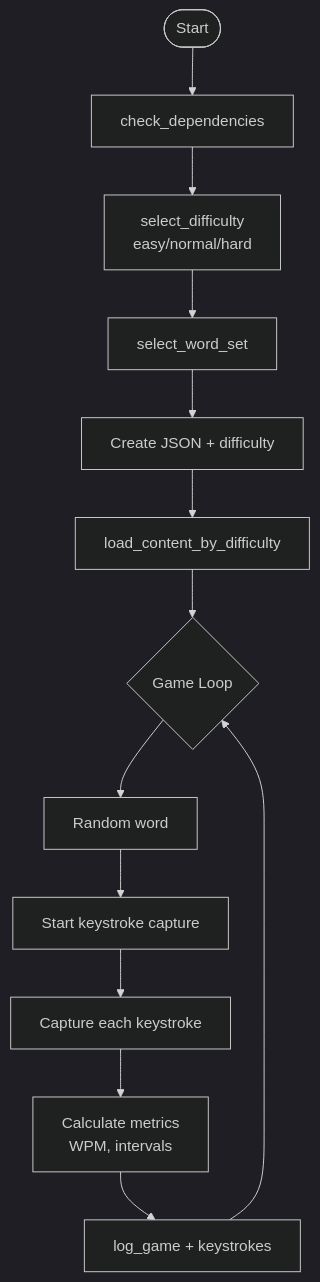
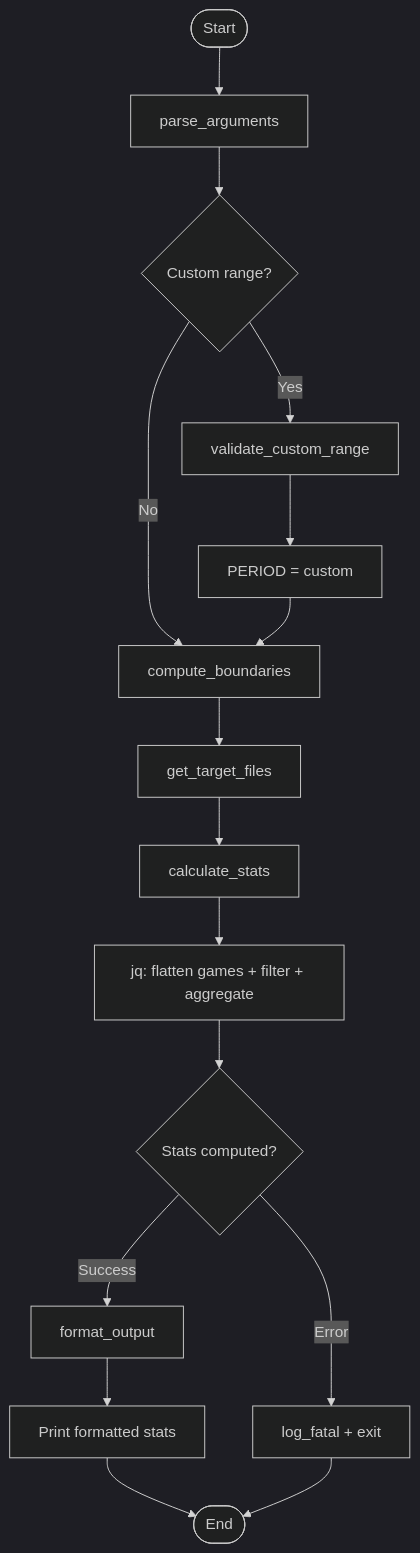
One commit to tomato-tom/flash-card changed the second of 5 diagrams in docs/typing.md. Above: the diagram before and after it, drawn with Mermaid (dark theme). The commit also changed other lines of this file, not shown here.

````diff
--- a/docs/typing.md
+++ b/docs/typing.md
@@ -207,16 +53,26 @@
 ```mermaid
 flowchart TD
-    Start([Start]) --> CheckDeps[check_dependencies]
-    CheckDeps --> SelectDiff[select_difficulty<br/>easy/normal/hard]
-    SelectDiff --> SelectSet[select_word_set]
-    SelectSet --> CreateSession[Create JSON + difficulty]
-    CreateSession --> LoadContent[load_content_by_difficulty]
-    LoadContent --> GameLoop{Game Loop}
+    Start([Start]) --> ParseArgs[parse_arguments]
+    ParseArgs --> CheckCustom{Custom range?}
     
-    GameLoop --> SelectWord[Random word]
-    SelectWord --> StartCapture[Start keystroke capture]
-    StartCapture --> WaitInput[Capture each keystroke]
-    WaitInput --> CalcMetrics[Calculate metrics<br/>WPM, intervals]
-    CalcMetrics --> LogGame[log_game + keystrokes]
-    LogGame --> GameLoop
+    CheckCustom -->|Yes| ValidateRange[validate_custom_range]
+    CheckCustom -->|No| ComputeBound[compute_boundaries]
+    
+    ValidateRange --> SetCustom[PERIOD = custom]
+    SetCustom --> ComputeBound
+    
+    ComputeBound --> GetFiles[get_target_files]
+    
+    GetFiles --> CalcStats[calculate_stats]
+    
+    CalcStats --> JqProc[jq: flatten games + filter + aggregate]
+    JqProc --> StatsReady{Stats computed?}
+    
+    StatsReady -->|Success| FormatOut[format_output]
+    StatsReady -->|Error| LogFatal[log_fatal + exit]
+    
+    FormatOut --> Display[Print formatted stats]
+    Display --> End([End])
+    
+    LogFatal --> End
 ```
````
